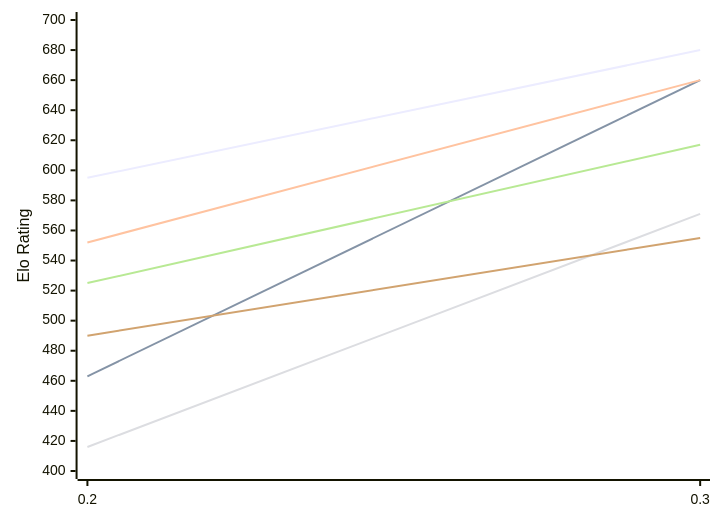
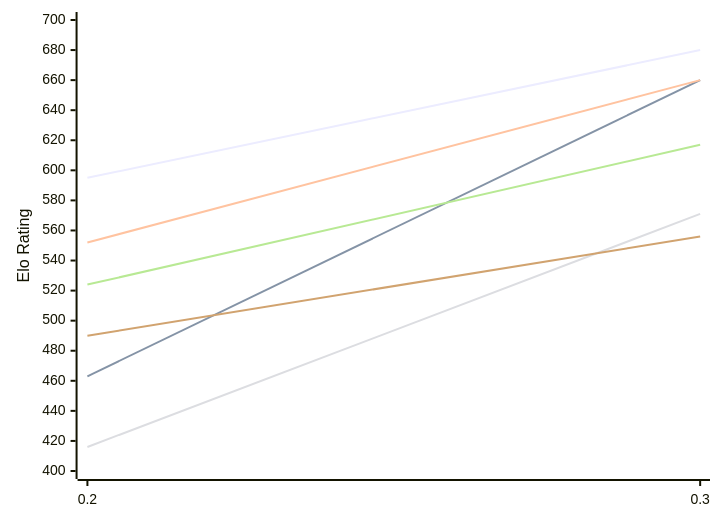
The first of 2 diagrams in engines/Magpie.md (computer-chess-index/cci), drawn with Mermaid before and after one commit. The commit also changed other lines of this file, not shown here.

Commit message:
Update CCI Ratings (ELO VLTC) - 2026-11-25

````diff
--- a/engines/Magpie.md
+++ b/engines/Magpie.md
@@ -50,12 +50,12 @@
 ```mermaid
 %%{init: {"theme":"base","themeVariables":{"seriesColors:['#a3a3a3','#222221','#faa371']}}}%%
 xychart-beta
   x-axis ["0.2", "0.3"]
   y-axis "Elo Rating" 400 --> 700
   line "E1: STC (8.0+0.08s)" [595, 680]
   line "E1: LTC (60.0+0.60s)" [463, 660]
   line "E1: VLTC (2m24s+1.12s)" [552, 660]
   line "P1: STC (8.0+0.08s)" [416, 571]
-  line "P1: LTC (60.0+0.60s)" [525, 617]
-  line "P1: VLTC (2m24s+1.12s)" [490, 555]
+  line "P1: LTC (60.0+0.60s)" [524, 617]
+  line "P1: VLTC (2m24s+1.12s)" [490, 556]
 ```
````
